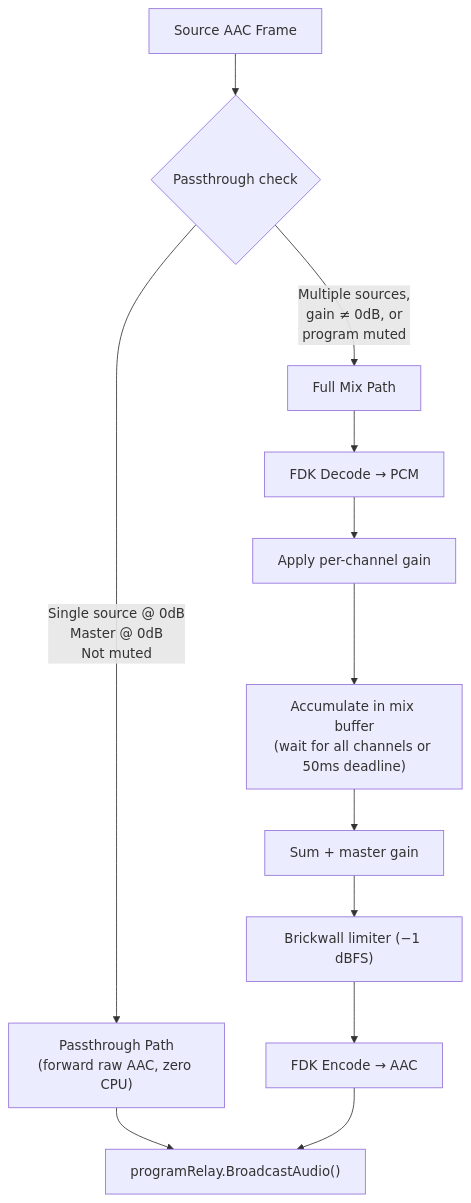
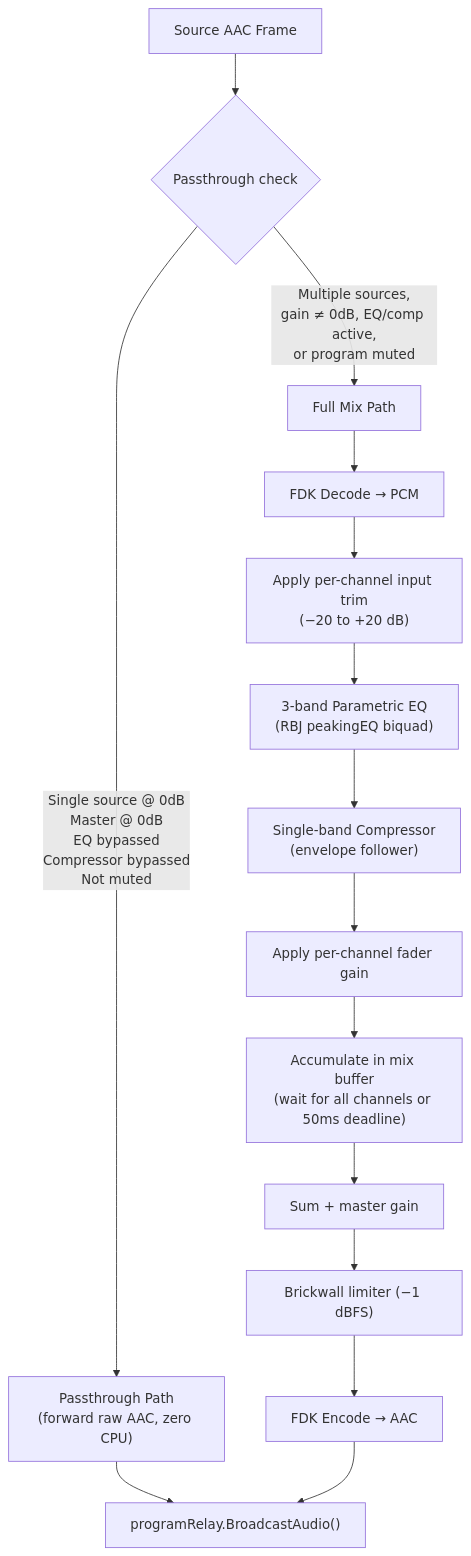
Before and after one commit to zsiec/switchframe: the fifth of 21 diagrams in docs/architecture.md, drawn with Mermaid. The commit also changed other lines of this file and 36 other files, not shown here.

````diff
--- a/docs/architecture.md
+++ b/docs/architecture.md
@@ -190,17 +190,20 @@
 ```mermaid
 flowchart TD
     input["Source AAC Frame"] --> check{"Passthrough check"}
 
-    check -->|"Single source @ 0dB<br/>Master @ 0dB<br/>Not muted"| pass["Passthrough Path<br/>(forward raw AAC, zero CPU)"]
-    check -->|"Multiple sources,<br/>gain ≠ 0dB, or<br/>program muted"| mix["Full Mix Path"]
+    check -->|"Single source @ 0dB<br/>Master @ 0dB<br/>EQ bypassed<br/>Compressor bypassed<br/>Not muted"| pass["Passthrough Path<br/>(forward raw AAC, zero CPU)"]
+    check -->|"Multiple sources,<br/>gain ≠ 0dB, EQ/comp active,<br/>or program muted"| mix["Full Mix Path"]
 
     pass --> broadcast["programRelay.BroadcastAudio()"]
 
     mix --> decode["FDK Decode → PCM"]
-    decode --> gain["Apply per-channel gain"]
-    gain --> accum["Accumulate in mix buffer<br/>(wait for all channels or 50ms deadline)"]
+    decode --> trim["Apply per-channel input trim<br/>(−20 to +20 dB)"]
+    trim --> eq["3-band Parametric EQ<br/>(RBJ peakingEQ biquad)"]
+    eq --> comp["Single-band Compressor<br/>(envelope follower)"]
+    comp --> fader["Apply per-channel fader gain"]
+    fader --> accum["Accumulate in mix buffer<br/>(wait for all channels or 50ms deadline)"]
     accum --> sum["Sum + master gain"]
     sum --> limiter["Brickwall limiter (−1 dBFS)"]
     limiter --> encode["FDK Encode → AAC"]
     encode --> broadcast
 ```
````
